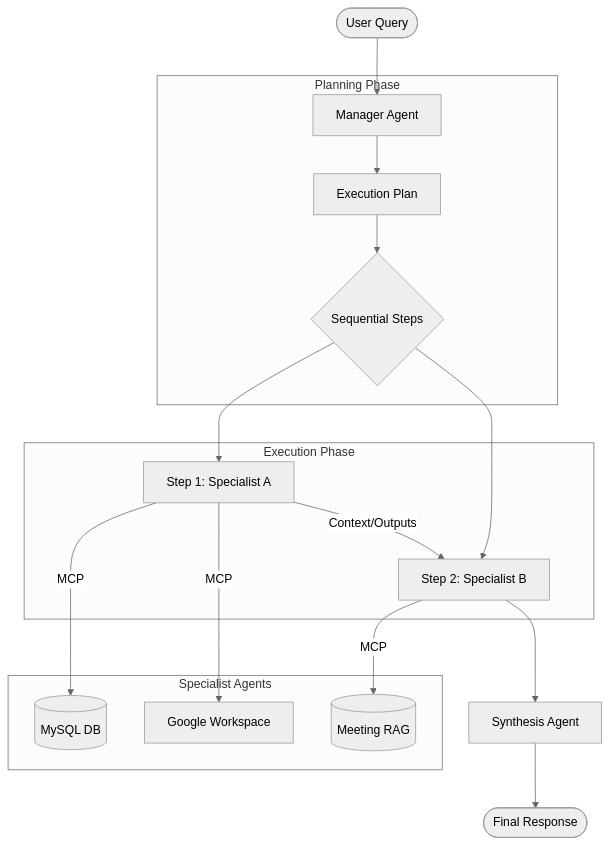
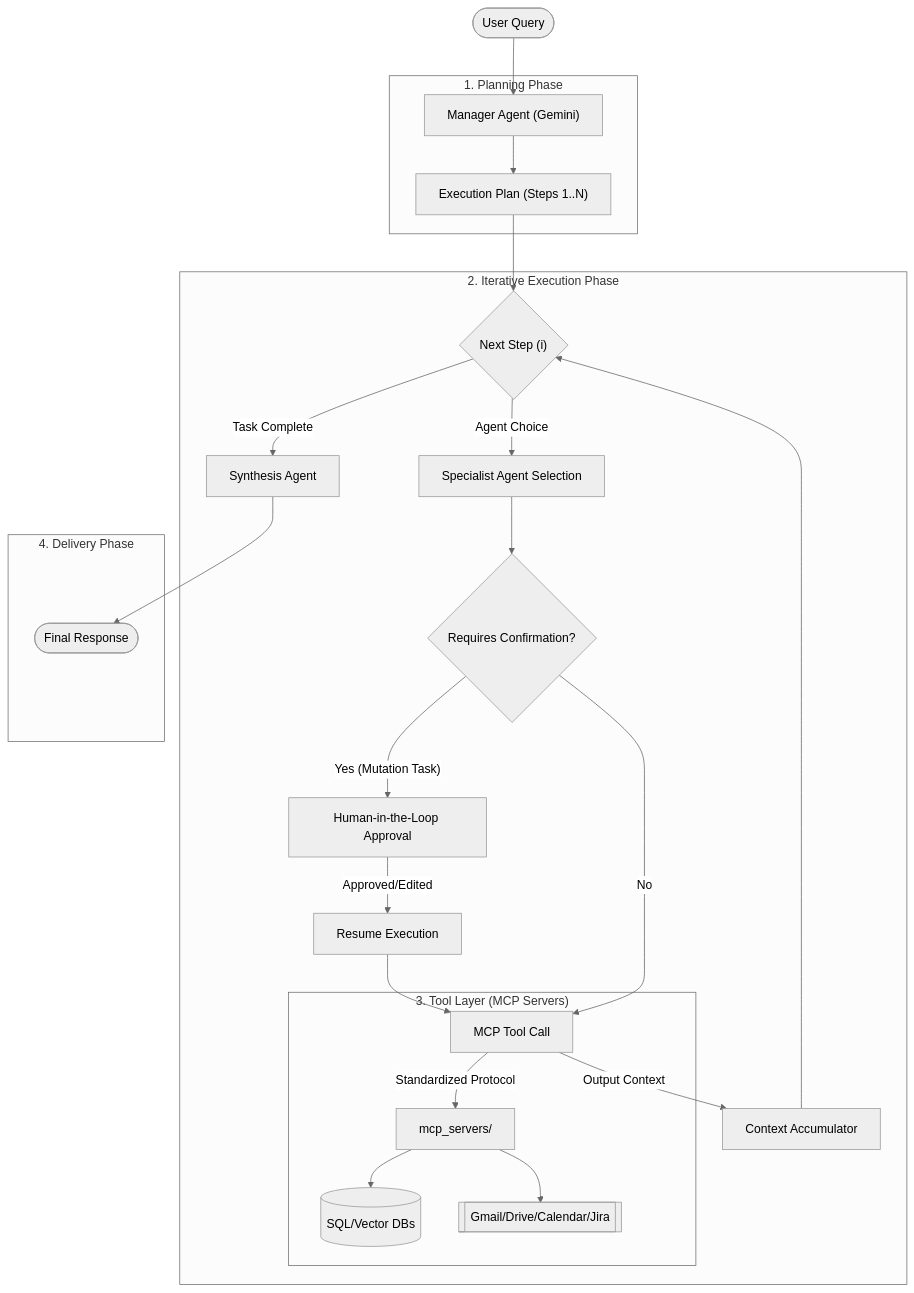
Before and after one commit to chetanreddyv/vertical_aiAgent: the diagram in README.md, drawn with Mermaid (neutral theme).

Commit message:
docs: Update the Mermaid architecture diagram to detail iterative execution, human-in-the-loop process, and a generalized tool layer.

````diff
--- a/README.md
+++ b/README.md
@@ -21,24 +21,35 @@
 ```mermaid
 graph TD
-    User([User Query]) --> Manager[Manager Agent]
+    User([User Query]) --> Manager["Manager Agent (Gemini)"]
     
-    subgraph Planning Phase
-        Manager --> Plan[Execution Plan]
-        Plan --> Steps{Sequential Steps}
+    subgraph Preparation["1. Planning Phase"]
+        Manager --> Plan["Execution Plan (Steps 1..N)"]
     end
     
-    subgraph Execution Phase
-        Steps --> s1[Step 1: Specialist A]
-        Steps --> s2[Step 2: Specialist B]
-        s1 -- Context/Outputs --> s2
+    subgraph Runtime["2. Iterative Execution Phase"]
+        Plan --> StepLoop{"Next Step (i)"}
+        StepLoop -- "Agent Choice" --> Exec["Specialist Agent Selection"]
+        
+        Exec --> ConfCheck{"Requires Confirmation?"}
+        
+        ConfCheck -- "Yes (Mutation Task)" --> HITL["Human-in-the-Loop Approval"]
+        HITL -- "Approved/Edited" --> Resume["Resume Execution"]
+        Resume --> ToolCall
+        
+        ConfCheck -- "No" --> ToolCall["MCP Tool Call"]
+        
+        subgraph Tools["3. Tool Layer (MCP Servers)"]
+            ToolCall -- "Standardized Protocol" --> MCPServers["mcp_servers/"]
+            MCPServers --> DBs[(SQL/Vector DBs)]
+            MCPServers --> APIs[[Gmail/Drive/Calendar/Jira]]
+        end
+        
+        ToolCall -- "Output Context" --> UpdateContext["Context Accumulator"]
+        UpdateContext --> StepLoop
+        StepLoop -- "Task Complete" --> Synth["Synthesis Agent"]
     end
     
-    subgraph Specialist Agents
-        s1 -- MCP --> SQL[(MySQL DB)]
-        s1 -- MCP --> Google[Google Workspace]
-        s2 -- MCP --> RAG[(Meeting RAG)]
+    subgraph Delivery["4. Delivery Phase"]
+        Synth --> Final([Final Response])
     end
-    
-    s2 --> Synth[Synthesis Agent]
-    Synth --> Final([Final Response])
 ```
````
